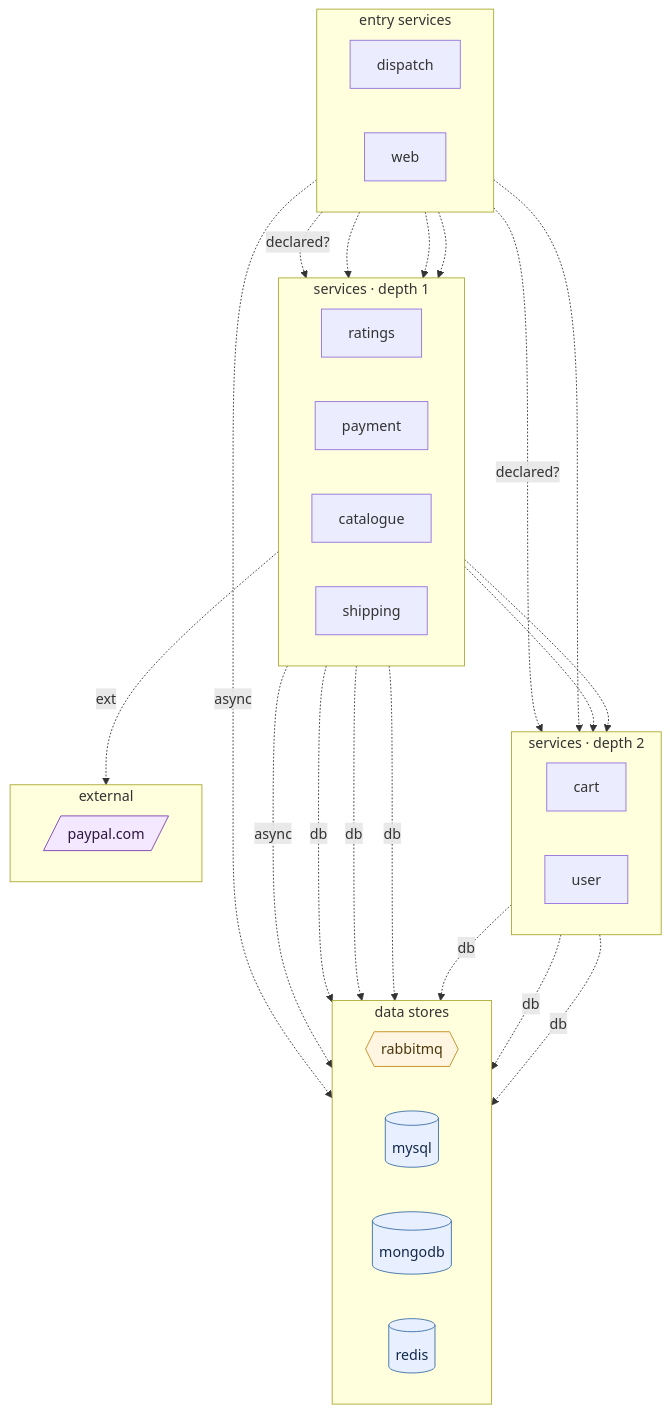
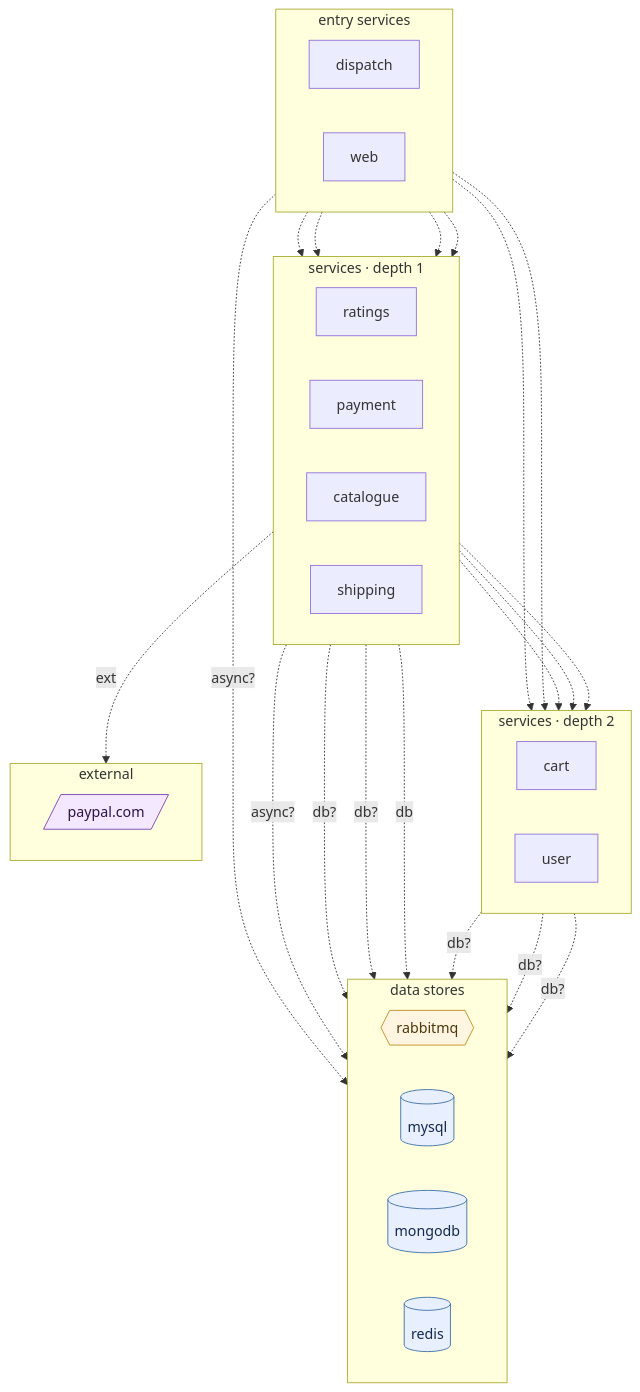
Before and after one commit to ANYuu531/ChatOps4Msa-Pipeline: the diagram in docs/generalization/external/robot-shop.summary.md, drawn with Mermaid. The commit also changed other lines of this file and 105 other files, not shown here.

````diff
--- a/docs/generalization/external/robot-shop.summary.md
+++ b/docs/generalization/external/robot-shop.summary.md
@@ -68,55 +73,56 @@
 ```mermaid
 flowchart TB
 %% DepWeaver — microservice dependency graph
 %% solid arrow = observed at runtime (Istio) · dashed = declared in code/doc only
 %% node shape: [service] ([gateway]) [(db)] {{queue}} [/external/]
   subgraph layer0 ["entry services"]
     direction LR
     dispatch["dispatch"]
     web["web"]
   end
   subgraph layer1 ["services · depth 1"]
     direction LR
     ratings["ratings"]
     payment["payment"]
     catalogue["catalogue"]
     shipping["shipping"]
   end
   subgraph layer2 ["services · depth 2"]
     direction LR
     cart["cart"]
     user["user"]
   end
   subgraph layer3 ["data stores"]
     direction LR
     rabbitmq{{"rabbitmq"}}:::queue
     mysql[("mysql")]:::db
     mongodb[("mongodb")]:::db
     redis[("redis")]:::db
   end
   subgraph layer4 ["external"]
     direction LR
     paypal_com[/"paypal.com"/]:::external
   end
+  shipping -.-> cart
+  shipping -. db .-> mysql
   payment -. ext .-> paypal_com
+  payment -.-> cart
   payment -.-> user
-  payment -.-> cart
-  catalogue -. db .-> mongodb
-  user -. db .-> mongodb
-  user -. db .-> redis
-  cart -. db .-> redis
-  shipping -. db .-> mysql
-  ratings -. db .-> mysql
-  payment -. async .-> rabbitmq
-  dispatch -. async .-> rabbitmq
+  catalogue -. db? .-> mongodb
+  user -. db? .-> mongodb
+  user -. db? .-> redis
+  cart -. db? .-> redis
+  ratings -. db? .-> mysql
+  payment -. async? .-> rabbitmq
+  dispatch -. async? .-> rabbitmq
   web -.-> catalogue
   web -.-> user
   web -.-> shipping
   web -.-> payment
-  web -. declared? .-> cart
-  web -. declared? .-> ratings
+  web -.-> cart
+  web -.-> ratings
 classDef db fill:#e8f0ff,stroke:#3a6ea5,color:#13294b;
 classDef queue fill:#fff5e0,stroke:#c08a1e,color:#4a370a;
 classDef external fill:#f3e8ff,stroke:#7a3fb0,color:#2e1440;
 
 ```
````
